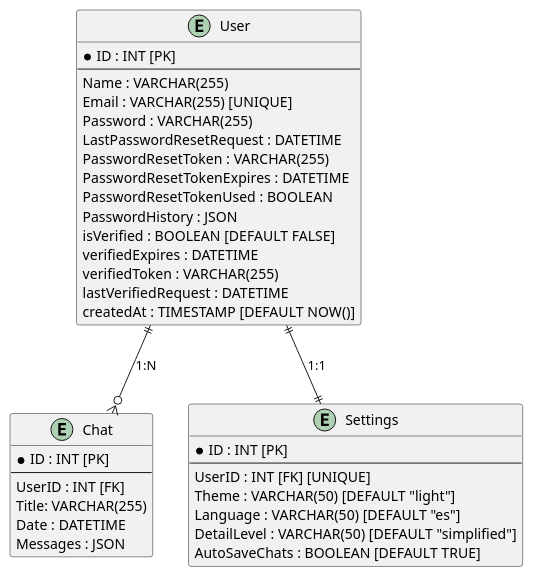
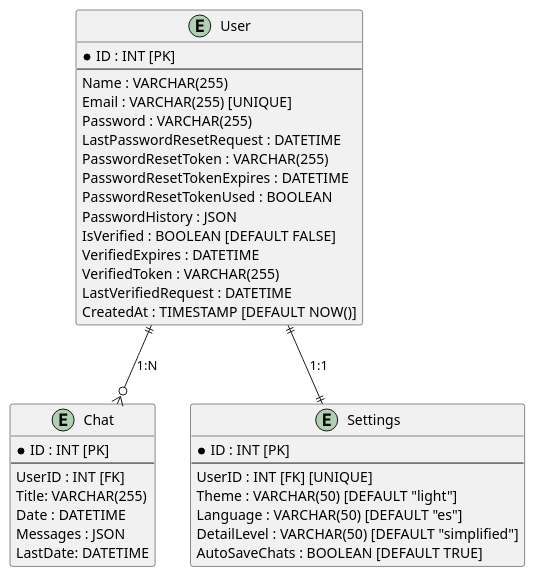
One commit to josepablo98/techie changed the diagram in relationship_model/relationship_diagram.puml. Above: the diagram before and after it, drawn with PlantUML. The commit also changed 5 other files, not shown here.

```diff
--- a/relationship_model/relationship_diagram.puml
+++ b/relationship_model/relationship_diagram.puml
@@ -1,41 +1,42 @@
 @startuml
 entity "User" as U {
     * ID : INT [PK]
     --
     Name : VARCHAR(255)
     Email : VARCHAR(255) [UNIQUE]
     Password : VARCHAR(255)
     LastPasswordResetRequest : DATETIME
     PasswordResetToken : VARCHAR(255)
     PasswordResetTokenExpires : DATETIME
     PasswordResetTokenUsed : BOOLEAN
     PasswordHistory : JSON
-    isVerified : BOOLEAN [DEFAULT FALSE]
-    verifiedExpires : DATETIME
-    verifiedToken : VARCHAR(255)
-    lastVerifiedRequest : DATETIME
-    createdAt : TIMESTAMP [DEFAULT NOW()]
+    IsVerified : BOOLEAN [DEFAULT FALSE]
+    VerifiedExpires : DATETIME
+    VerifiedToken : VARCHAR(255)
+    LastVerifiedRequest : DATETIME
+    CreatedAt : TIMESTAMP [DEFAULT NOW()]
 }
 
 entity "Chat" as C {
     * ID : INT [PK]
     --
     UserID : INT [FK]
     Title: VARCHAR(255)
     Date : DATETIME
     Messages : JSON
+    LastDate: DATETIME
 }
 
 entity "Settings" as S {
     * ID : INT [PK]
     --
     UserID : INT [FK] [UNIQUE]
     Theme : VARCHAR(50) [DEFAULT "light"]
     Language : VARCHAR(50) [DEFAULT "es"]
     DetailLevel : VARCHAR(50) [DEFAULT "simplified"]
     AutoSaveChats : BOOLEAN [DEFAULT TRUE]
 }
 
 U ||--o{ C : "1:N"
 U ||--|| S : "1:1"
 @enduml
```
